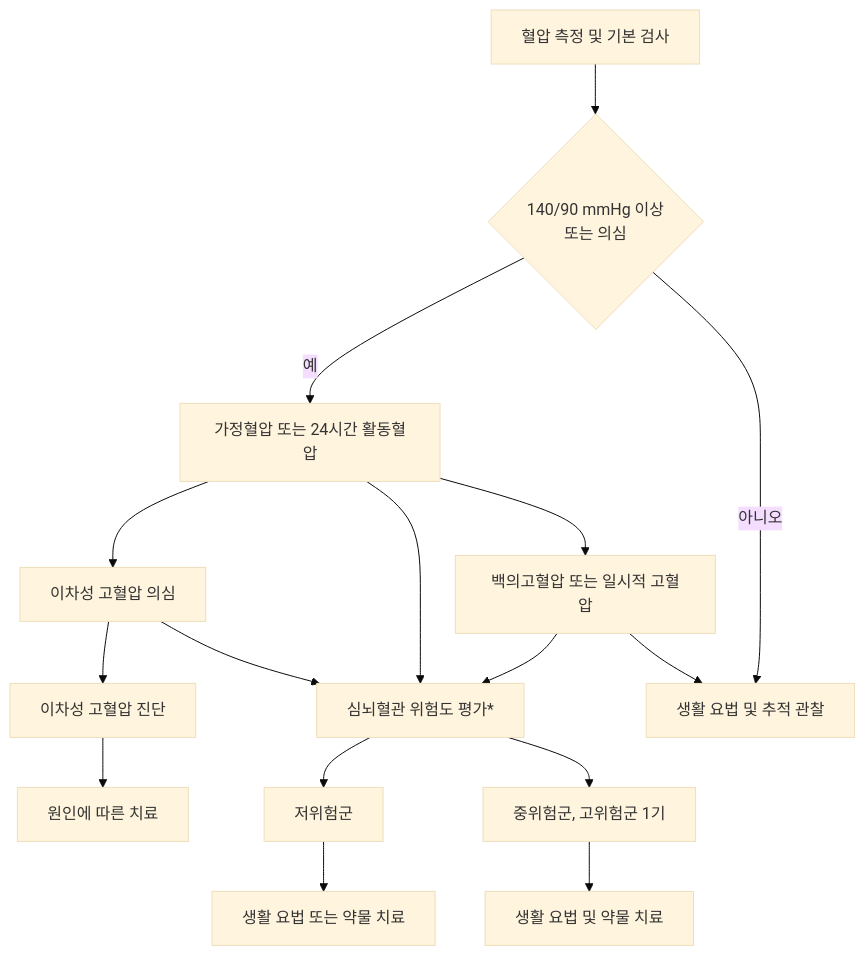
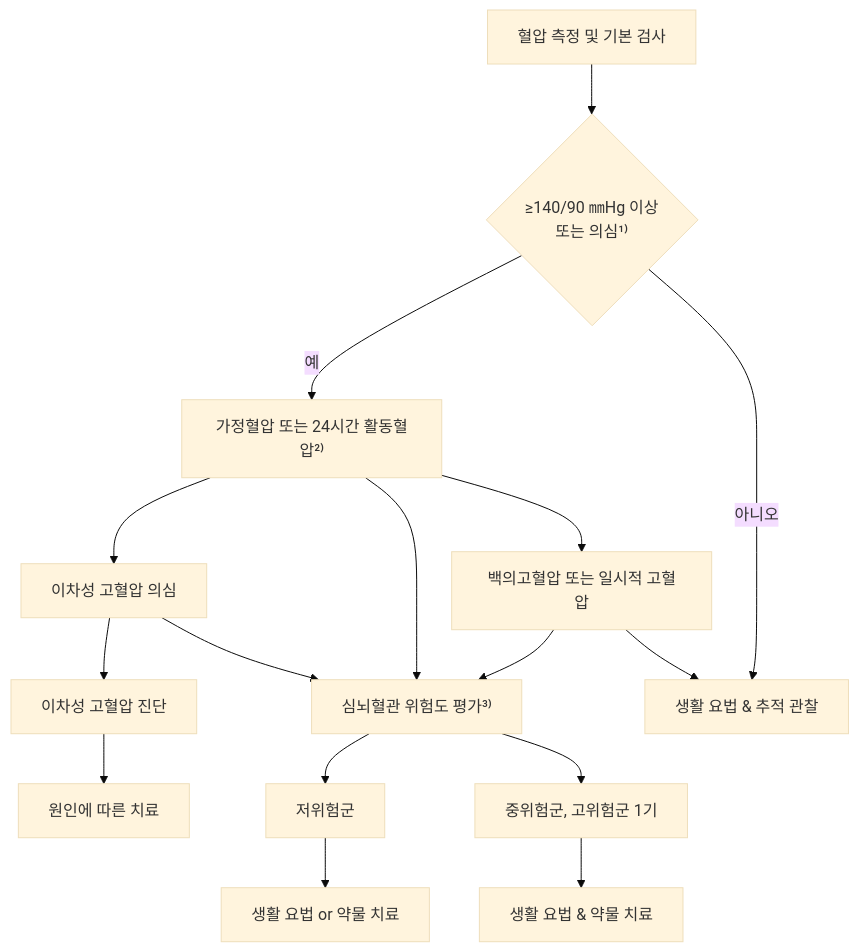
The second of 11 diagrams in 225_/095_-hypertension.md (familyoh77/familyoh77), drawn with Mermaid (base theme) before and after one commit. The commit also changed other lines of this file, not shown here.

````diff
--- a/225_/095_-hypertension.md
+++ b/225_/095_-hypertension.md
@@ -377,41 +377,41 @@
 ```mermaid
 graph TD
     %% 노드 정의 (ID[표시될 텍스트])
     S1[혈압 측정 및 기본 검사]
-    S2{140/90 mmHg 이상<br/>또는 의심}
-    S3[가정혈압 또는 24시간 활동혈압]
+    S2{≥140/90 ㎜Hg 이상<br/>또는 의심¹⁾}
+    S3[가정혈압 또는 24시간 활동혈압²⁾]
     
     S4[이차성 고혈압 의심]
-    S5[심뇌혈관 위험도 평가*]
+    S5[심뇌혈관 위험도 평가³⁾]
     S6[백의고혈압 또는 일시적 고혈압]
     
     S7[이차성 고혈압 진단]
     S8[저위험군]
     S9[중위험군, 고위험군 1기]
     
     S10[원인에 따른 치료]
-    S11[생활 요법 또는 약물 치료]
-    S12[생활 요법 및 약물 치료]
-    S13[생활 요법 및 추적 관찰]
+    S11[생활 요법 or 약물 치료]
+    S12[생활 요법 & 약물 치료]
+    S13[생활 요법 & 추적 관찰]
 
     %% 흐름 연결
     S1 --> S2
     S2 -- 예 --> S3
     S2 -- 아니오 --> S13
     
     S3 --> S4
     S3 --> S5
     S3 --> S6
     
     S4 --> S7
     S4 --> S5
     S7 --> S10
     
     S5 --> S8
     S5 --> S9
     
     S8 --> S11
     S9 --> S12
 S6 --> S5
         S6 --> S13
 ```
````
